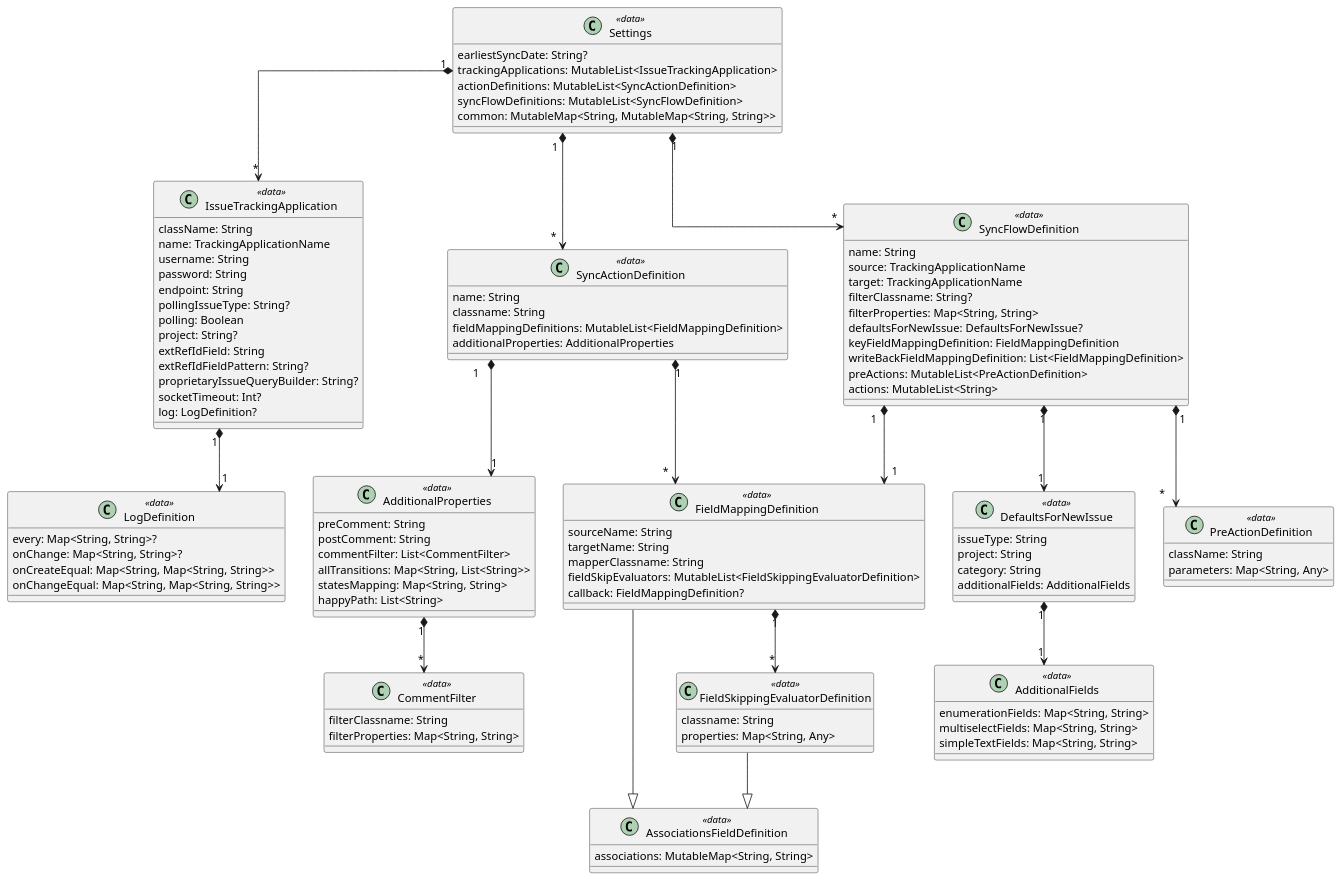
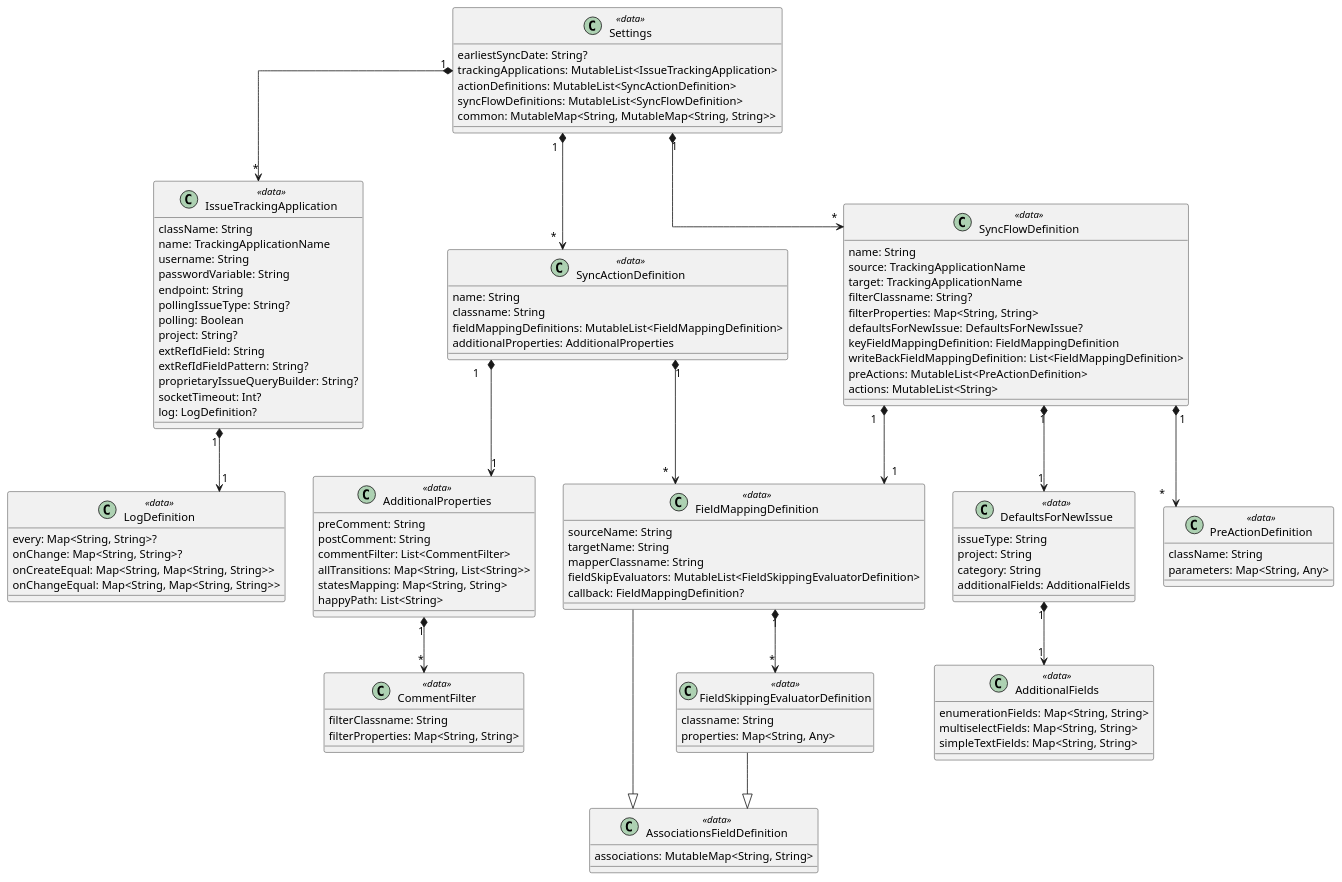
Before and after one commit to software-atelier/issue-tracking-sync: the diagram in documentation/asciidoc/resources/level2-settings.puml, drawn with PlantUML. The commit also changed 4 other files, not shown here.

```diff
--- a/documentation/asciidoc/resources/level2-settings.puml
+++ b/documentation/asciidoc/resources/level2-settings.puml
@@ -1,118 +1,118 @@
 @startuml
 skinparam linetype ortho
 
 class AdditionalFields <<data>> {
     enumerationFields: Map<String, String>
     multiselectFields: Map<String, String>
     simpleTextFields: Map<String, String>
 }
 
 class AdditionalProperties <<data>> {
     preComment: String
     postComment: String
     commentFilter: List<CommentFilter>
     allTransitions: Map<String, List<String>>
     statesMapping: Map<String, String>
     happyPath: List<String>
 }
 
 class AssociationsFieldDefinition <<data>> {
     associations: MutableMap<String, String>
 }
 
 class CommentFilter <<data>> {
     filterClassname: String
     filterProperties: Map<String, String>
 }
 
 class DefaultsForNewIssue <<data>> {
     issueType: String
     project: String
     category: String
     additionalFields: AdditionalFields
 }
 
 class FieldMappingDefinition <<data>> {
     sourceName: String
     targetName: String
     mapperClassname: String
     fieldSkipEvaluators: MutableList<FieldSkippingEvaluatorDefinition>
     callback: FieldMappingDefinition?
 }
 
 class FieldSkippingEvaluatorDefinition <<data>> {
     classname: String
     properties: Map<String, Any>
 }
 
 class IssueTrackingApplication <<data>> {
     className: String
     name: TrackingApplicationName
     username: String
-    password: String
+    passwordVariable: String
     endpoint: String
     pollingIssueType: String?
     polling: Boolean
     project: String?
     extRefIdField: String
     extRefIdFieldPattern: String?
     proprietaryIssueQueryBuilder: String?
     socketTimeout: Int?
     log: LogDefinition?
 }
 
 class LogDefinition <<data>> {
     every: Map<String, String>?
     onChange: Map<String, String>?
     onCreateEqual: Map<String, Map<String, String>>
     onChangeEqual: Map<String, Map<String, String>>
 }
 class PreActionDefinition <<data>> {
     className: String
     parameters: Map<String, Any>
 }
 
 class Settings <<data>> {
     earliestSyncDate: String?
     trackingApplications: MutableList<IssueTrackingApplication>
     actionDefinitions: MutableList<SyncActionDefinition>
     syncFlowDefinitions: MutableList<SyncFlowDefinition>
     common: MutableMap<String, MutableMap<String, String>>
 }
 
 class SyncActionDefinition <<data>> {
     name: String
     classname: String
     fieldMappingDefinitions: MutableList<FieldMappingDefinition>
     additionalProperties: AdditionalProperties
 }
 class SyncFlowDefinition <<data>> {
     name: String
     source: TrackingApplicationName
     target: TrackingApplicationName
     filterClassname: String?
     filterProperties: Map<String, String>
     defaultsForNewIssue: DefaultsForNewIssue?
     keyFieldMappingDefinition: FieldMappingDefinition
     writeBackFieldMappingDefinition: List<FieldMappingDefinition>
     preActions: MutableList<PreActionDefinition>
     actions: MutableList<String>
 }
 
 AdditionalProperties "1" *--> "*" CommentFilter
 DefaultsForNewIssue "1" *--> "1" AdditionalFields
 FieldMappingDefinition "1" *--> "*" FieldSkippingEvaluatorDefinition
 FieldMappingDefinition --|> AssociationsFieldDefinition
 FieldSkippingEvaluatorDefinition --|> AssociationsFieldDefinition
 IssueTrackingApplication "1" *--> "1" LogDefinition
 Settings "1" *--> "*" SyncActionDefinition
 Settings "1" *--> "*" SyncFlowDefinition
 Settings "1" *--> "*" IssueTrackingApplication
 SyncActionDefinition "1" *--> "1" AdditionalProperties
 SyncActionDefinition "1" *--> "*" FieldMappingDefinition
 SyncFlowDefinition "1" *--> "1" FieldMappingDefinition
 SyncFlowDefinition "1" *--> "1" DefaultsForNewIssue
 SyncFlowDefinition "1" *--> "*" PreActionDefinition
 
 
 @enduml
```
